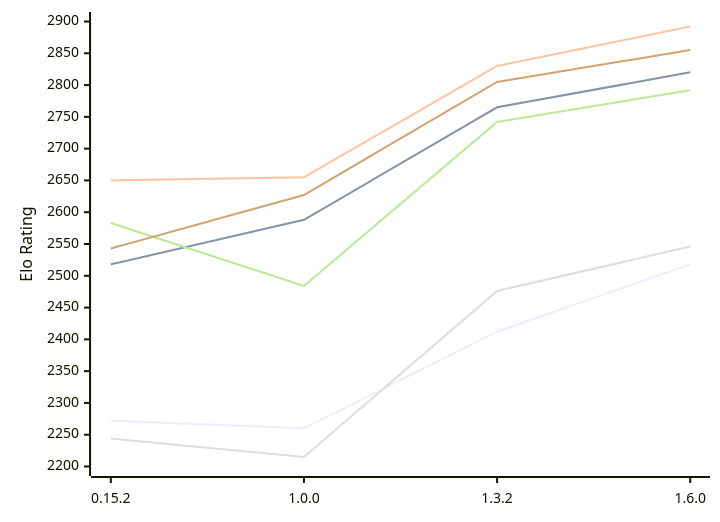
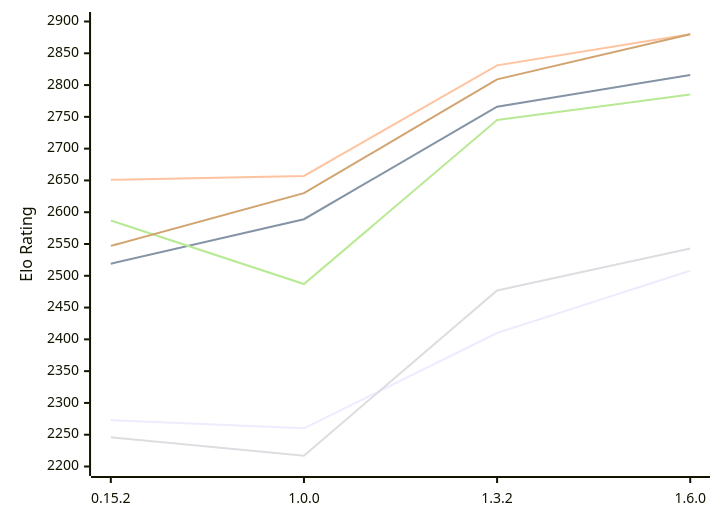
Before and after one commit to computer-chess-index/cci: the diagram in engines/ElephantGambit.md, drawn with Mermaid. The commit also changed other lines of this file, not shown here.

Commit message:
Update CCI Ratings (ELO VLTC) - 2026-11-24

````diff
--- a/engines/ElephantGambit.md
+++ b/engines/ElephantGambit.md
@@ -54,12 +54,12 @@
 ```mermaid
 %%{init: {"theme":"base","themeVariables":{"seriesColors:['#a3a3a3','#222221','#faa371']}}}%%
 xychart-beta
   x-axis ["0.15.2", "1.0.0", "1.3.2", "1.6.0"]
   y-axis "Elo Rating" 2200 --> 2900
-  line "E1: STC (8.0+0.08s)" [2272, 2260, 2412, 2518]
-  line "E1: LTC (60.0+0.60s)" [2518, 2588, 2765, 2820]
-  line "E1: VLTC (2m24s+1.12s)" [2650, 2655, 2830, 2892]
-  line "P1: STC (8.0+0.08s)" [2244, 2215, 2476, 2546]
-  line "P1: LTC (60.0+0.60s)" [2583, 2484, 2742, 2792]
-  line "P1: VLTC (2m24s+1.12s)" [2543, 2627, 2805, 2855]
+  line "E1: STC (8.0+0.08s)" [2273, 2260, 2410, 2508]
+  line "E1: LTC (60.0+0.60s)" [2519, 2589, 2766, 2816]
+  line "E1: VLTC (2m24s+1.12s)" [2651, 2657, 2831, 2880]
+  line "P1: STC (8.0+0.08s)" [2246, 2217, 2477, 2543]
+  line "P1: LTC (60.0+0.60s)" [2587, 2487, 2745, 2785]
+  line "P1: VLTC (2m24s+1.12s)" [2547, 2630, 2809, 2880]
 ```
````
